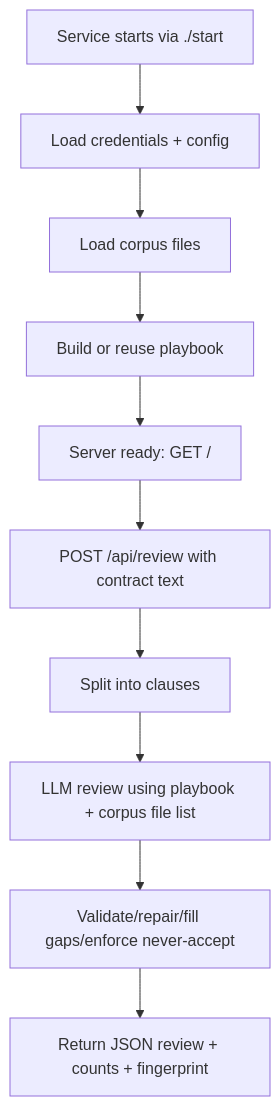
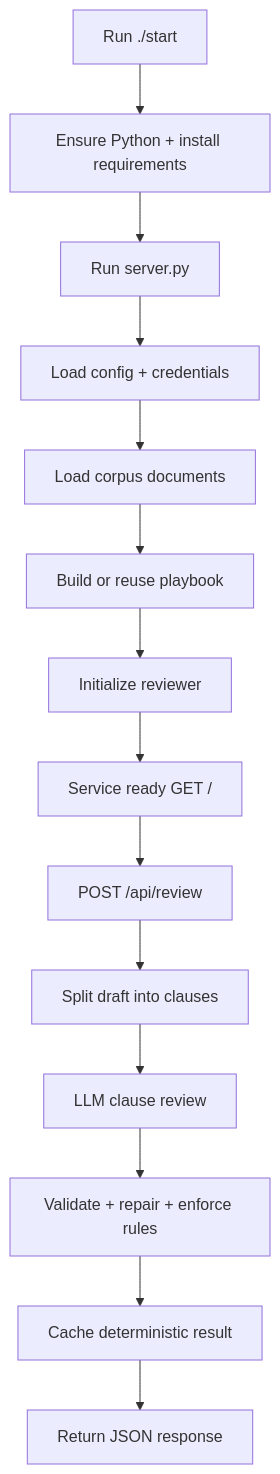
One commit to aditya-c7/testlitmus changed the first of 2 diagrams in REPO_DETAILED_EXPLANATION.md. Above: the diagram before and after it, drawn with Mermaid. The commit also changed other lines of this file, not shown here.

````diff
--- a/REPO_DETAILED_EXPLANATION.md
+++ b/REPO_DETAILED_EXPLANATION.md
@@ -58,12 +80,16 @@
 ```mermaid
 flowchart TD
-    A[Service starts via ./start] --> B[Load credentials + config]
-    B --> C[Load corpus files]
-    C --> D[Build or reuse playbook]
-    D --> E[Server ready: GET /]
-    E --> F[POST /api/review with contract text]
-    F --> G[Split into clauses]
-    G --> H[LLM review using playbook + corpus file list]
-    H --> I[Validate/repair/fill gaps/enforce never-accept]
-    I --> J[Return JSON review + counts + fingerprint]
+    A[Run ./start] --> B[Ensure Python + install requirements]
+    B --> C[Run server.py]
+    C --> D[Load config + credentials]
+    D --> E[Load corpus documents]
+    E --> F[Build or reuse playbook]
+    F --> G[Initialize reviewer]
+    G --> H[Service ready GET /]
+    H --> I[POST /api/review]
+    I --> J[Split draft into clauses]
+    J --> K[LLM clause review]
+    K --> L[Validate + repair + enforce rules]
+    L --> M[Cache deterministic result]
+    M --> N[Return JSON response]
 ```
````
